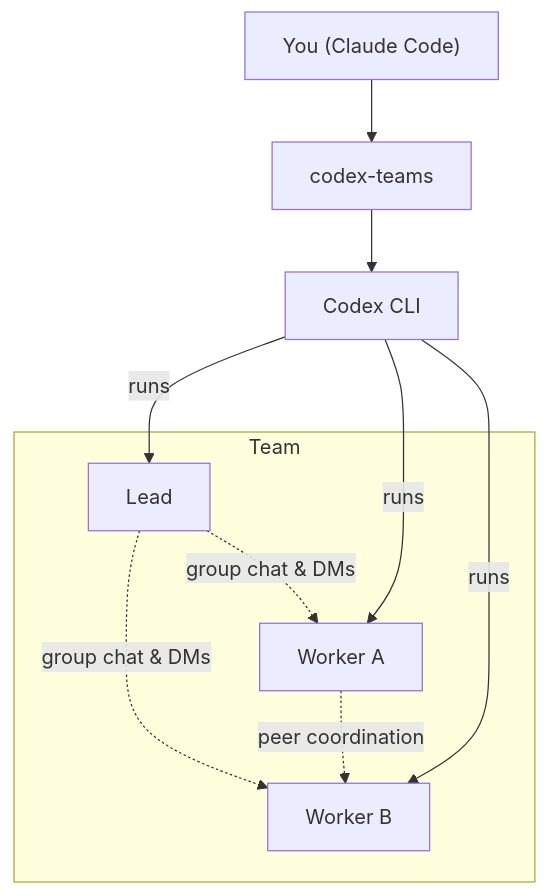
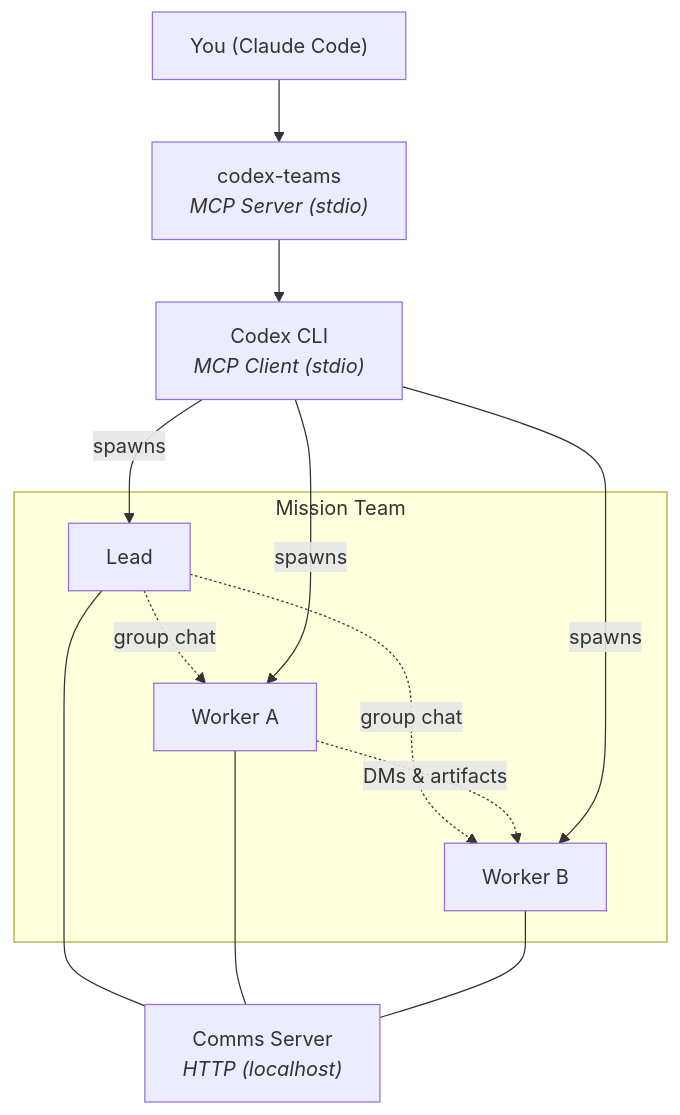
The diagram in README.md (skrabe/codex-teams), drawn with Mermaid before and after one commit. The commit also changed other lines of this file, not shown here.

````diff
--- a/README.md
+++ b/README.md
@@ -81,18 +140,23 @@
 ```mermaid
 graph TD
-    U["You (Claude Code)"] --> CT["codex-teams"]
-    CT --> C["Codex CLI"]
+    U["You (Claude Code)"] --> CT["codex-teams<br/><i>MCP Server (stdio)</i>"]
+    CT --> C["Codex CLI<br/><i>MCP Client (stdio)</i>"]
 
-    subgraph "Team"
+    subgraph "Mission Team"
       L["Lead"]
       W1["Worker A"]
       W2["Worker B"]
-      L -.->|"group chat & DMs"| W1
-      L -.->|"group chat & DMs"| W2
-      W1 -.->|"peer coordination"| W2
+      L -.->|"group chat"| W1
+      L -.->|"group chat"| W2
+      W1 -.->|"DMs & artifacts"| W2
     end
 
-    C -->|runs| L
-    C -->|runs| W1
-    C -->|runs| W2
+    C -->|spawns| L
+    C -->|spawns| W1
+    C -->|spawns| W2
+
+    COMMS["Comms Server<br/><i>HTTP (localhost)</i>"]
+    L --- COMMS
+    W1 --- COMMS
+    W2 --- COMMS
 ```
````
